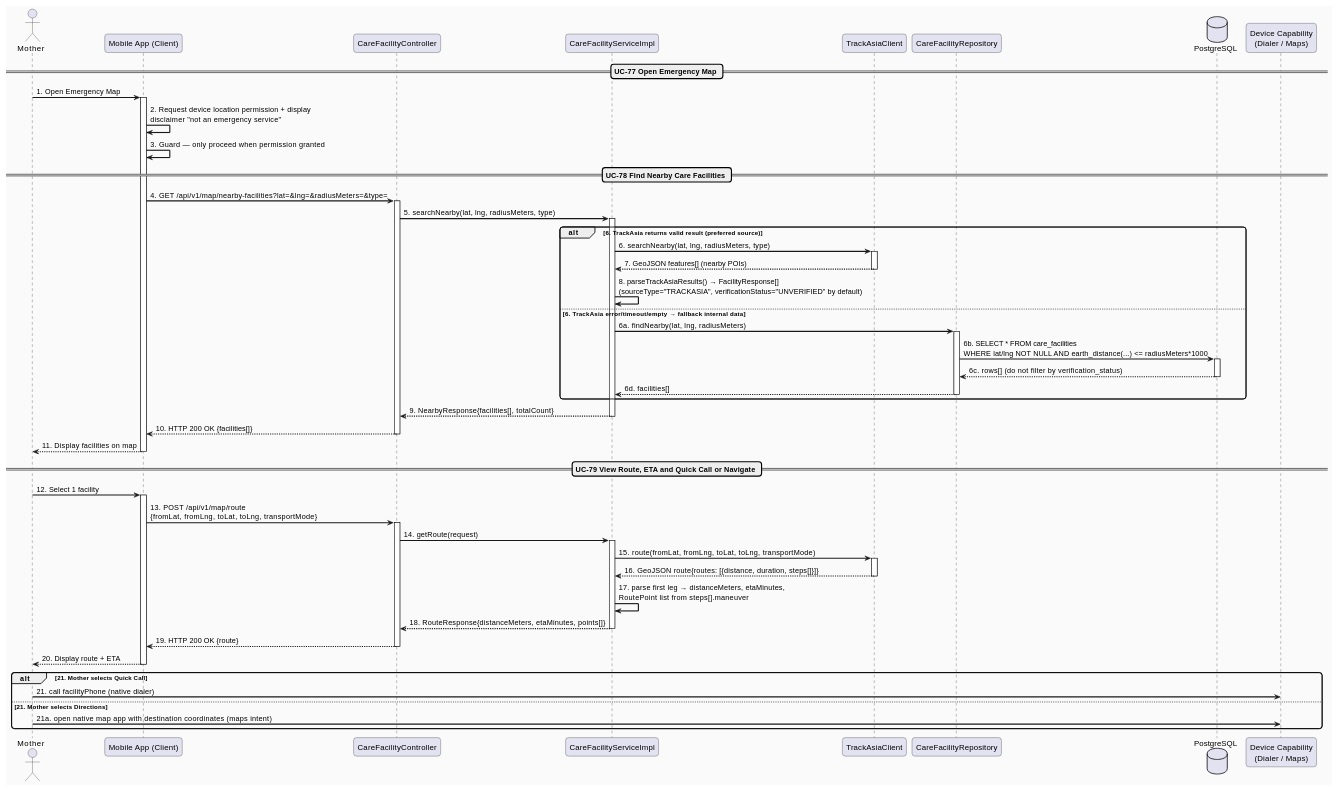
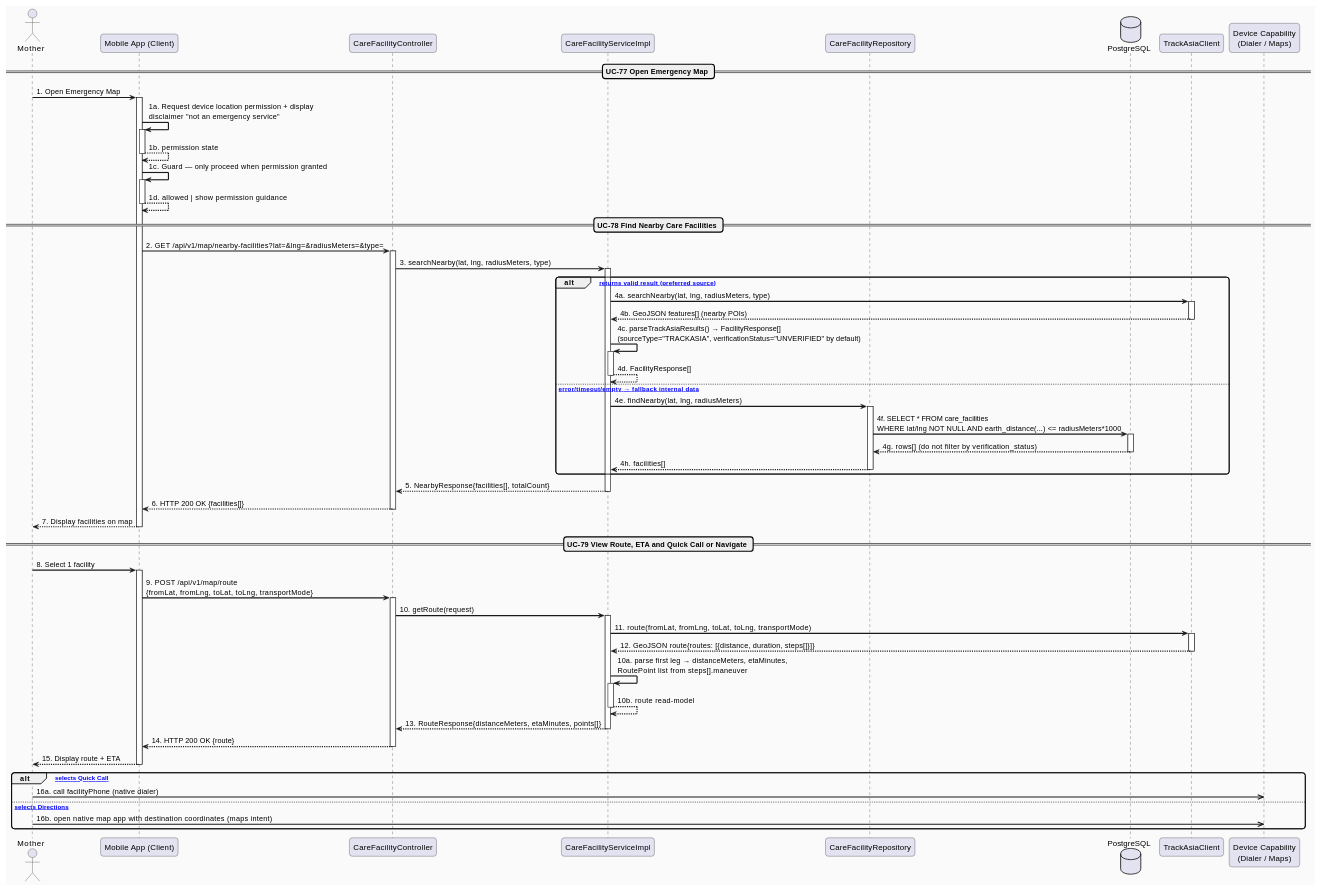
One commit to ChuongBDHE172784/CareBridge_SEP490_G79 changed the second of 2 diagrams in docs/Detailed_Design/MF07_Emergency_Map_Nearby_Care_Support/01_Emergency_Map_Facility_Route_Navigation.md. Above: the diagram before and after it, drawn with PlantUML. The commit also changed other lines of this file and 97 other files, not shown here.

Commit message:
docs: update detailed design documentation with new diagrams and restructured module files.

```diff
--- a/docs/Detailed_Design/MF07_Emergency_Map_Nearby_Care_Support/01_Emergency_Map_Facility_Route_Navigation.md
+++ b/docs/Detailed_Design/MF07_Emergency_Map_Nearby_Care_Support/01_Emergency_Map_Facility_Route_Navigation.md
@@ -111,68 +112,80 @@
 participant "Mobile App (Client)" as App
 participant "CareFacilityController" as Controller
 participant "CareFacilityServiceImpl" as Service
-participant "TrackAsiaClient" as TrackAsia
 participant "CareFacilityRepository" as FacilityRepo
 database "PostgreSQL" as DB
+participant "TrackAsiaClient" as TrackAsia
 participant "Device Capability\n(Dialer / Maps)" as Device
 
 == UC-77 Open Emergency Map ==
 M -> App : 1. Open Emergency Map
 activate App
-App -> App : 2. Request device location permission + display\ndisclaimer "not an emergency service"
-App -> App : 3. Guard — only proceed when permission granted
+App -> App : 1a. Request device location permission + display\ndisclaimer "not an emergency service"
+activate App
+App --> App : 1b. permission state
+deactivate App
+App -> App : 1c. Guard — only proceed when permission granted
+activate App
+App --> App : 1d. allowed | show permission guidance
+deactivate App
 
 == UC-78 Find Nearby Care Facilities ==
-App -> Controller : 4. GET /api/v1/map/nearby-facilities?lat=&lng=&radiusMeters=&type=
+App -> Controller : 2. GET /api/v1/map/nearby-facilities?lat=&lng=&radiusMeters=&type=
 activate Controller
-Controller -> Service : 5. searchNearby(lat, lng, radiusMeters, type)
+Controller -> Service : 3. searchNearby(lat, lng, radiusMeters, type)
 activate Service
-alt 6. TrackAsia returns valid result (preferred source)
-  Service -> TrackAsia : 6. searchNearby(lat, lng, radiusMeters, type)
+alt [TrackAsia returns valid result (preferred source)]
+  Service -> TrackAsia : 4a. searchNearby(lat, lng, radiusMeters, type)
   activate TrackAsia
-  TrackAsia --> Service : 7. GeoJSON features[] (nearby POIs)
+  TrackAsia --> Service : 4b. GeoJSON features[] (nearby POIs)
   deactivate TrackAsia
-  Service -> Service : 8. parseTrackAsiaResults() → FacilityResponse[]\n(sourceType="TRACKASIA", verificationStatus="UNVERIFIED" by default)
-else 6. TrackAsia error/timeout/empty → fallback internal data
-  Service -> FacilityRepo : 6a. findNearby(lat, lng, radiusMeters)
+  Service -> Service : 4c. parseTrackAsiaResults() → FacilityResponse[]\n(sourceType="TRACKASIA", verificationStatus="UNVERIFIED" by default)
+  activate Service
+  Service --> Service : 4d. FacilityResponse[]
+  deactivate Service
+else [TrackAsia error/timeout/empty → fallback internal data]
+  Service -> FacilityRepo : 4e. findNearby(lat, lng, radiusMeters)
   activate FacilityRepo
-  FacilityRepo -> DB : 6b. SELECT * FROM care_facilities\nWHERE lat/lng NOT NULL AND earth_distance(...) <= radiusMeters*1000
+  FacilityRepo -> DB : 4f. SELECT * FROM care_facilities\nWHERE lat/lng NOT NULL AND earth_distance(...) <= radiusMeters*1000
   activate DB
-  DB --> FacilityRepo : 6c. rows[] (do not filter by verification_status)
+  DB --> FacilityRepo : 4g. rows[] (do not filter by verification_status)
   deactivate DB
-  FacilityRepo --> Service : 6d. facilities[]
+  FacilityRepo --> Service : 4h. facilities[]
   deactivate FacilityRepo
 end
-Service --> Controller : 9. NearbyResponse{facilities[], totalCount}
+Service --> Controller : 5. NearbyResponse{facilities[], totalCount}
 deactivate Service
-Controller --> App : 10. HTTP 200 OK {facilities[]}
+Controller --> App : 6. HTTP 200 OK {facilities[]}
 deactivate Controller
-App --> M : 11. Display facilities on map
+App --> M : 7. Display facilities on map
 deactivate App
 
 == UC-79 View Route, ETA and Quick Call or Navigate ==
-M -> App : 12. Select 1 facility
+M -> App : 8. Select 1 facility
 activate App
-App -> Controller : 13. POST /api/v1/map/route\n{fromLat, fromLng, toLat, toLng, transportMode}
+App -> Controller : 9. POST /api/v1/map/route\n{fromLat, fromLng, toLat, toLng, transportMode}
 activate Controller
-Controller -> Service : 14. getRoute(request)
+Controller -> Service : 10. getRoute(request)
 activate Service
-Service -> TrackAsia : 15. route(fromLat, fromLng, toLat, toLng, transportMode)
+Service -> TrackAsia : 11. route(fromLat, fromLng, toLat, toLng, transportMode)
 activate TrackAsia
-TrackAsia --> Service : 16. GeoJSON route{routes: [{distance, duration, steps[]}]}
+TrackAsia --> Service : 12. GeoJSON route{routes: [{distance, duration, steps[]}]}
 deactivate TrackAsia
-Service -> Service : 17. parse first leg → distanceMeters, etaMinutes,\nRoutePoint list from steps[].maneuver
-Service --> Controller : 18. RouteResponse{distanceMeters, etaMinutes, points[]}
+Service -> Service : 10a. parse first leg → distanceMeters, etaMinutes,\nRoutePoint list from steps[].maneuver
+activate Service
+Service --> Service : 10b. route read-model
 deactivate Service
-Controller --> App : 19. HTTP 200 OK {route}
+Service --> Controller : 13. RouteResponse{distanceMeters, etaMinutes, points[]}
+deactivate Service
+Controller --> App : 14. HTTP 200 OK {route}
 deactivate Controller
-App --> M : 20. Display route + ETA
+App --> M : 15. Display route + ETA
 deactivate App
 
-alt 21. Mother selects Quick Call
-  M -> Device : 21. call facilityPhone (native dialer)
-else 21. Mother selects Directions
-  M -> Device : 21a. open native map app with destination coordinates (maps intent)
+alt [Mother selects Quick Call]
+  M ->> Device : 16a. call facilityPhone (native dialer)
+else [Mother selects Directions]
+  M ->> Device : 16b. open native map app with destination coordinates (maps intent)
 end
 
 @enduml
```
